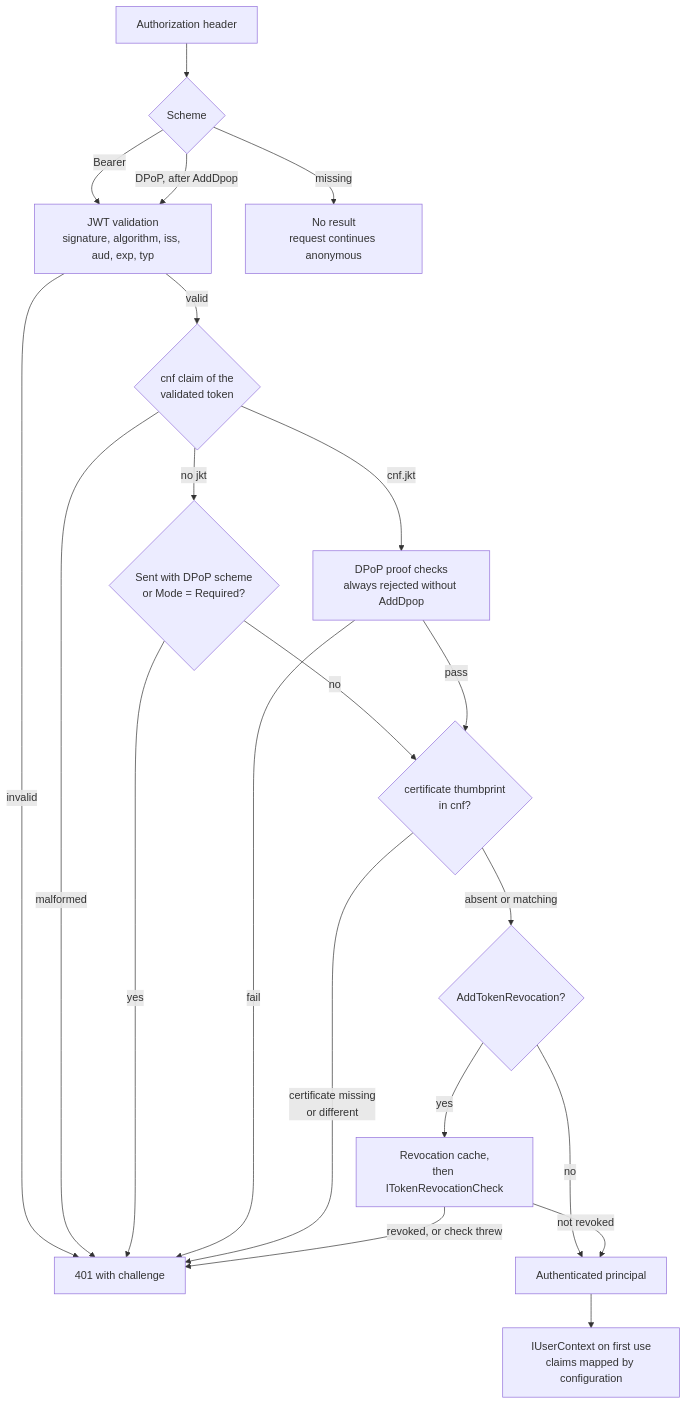
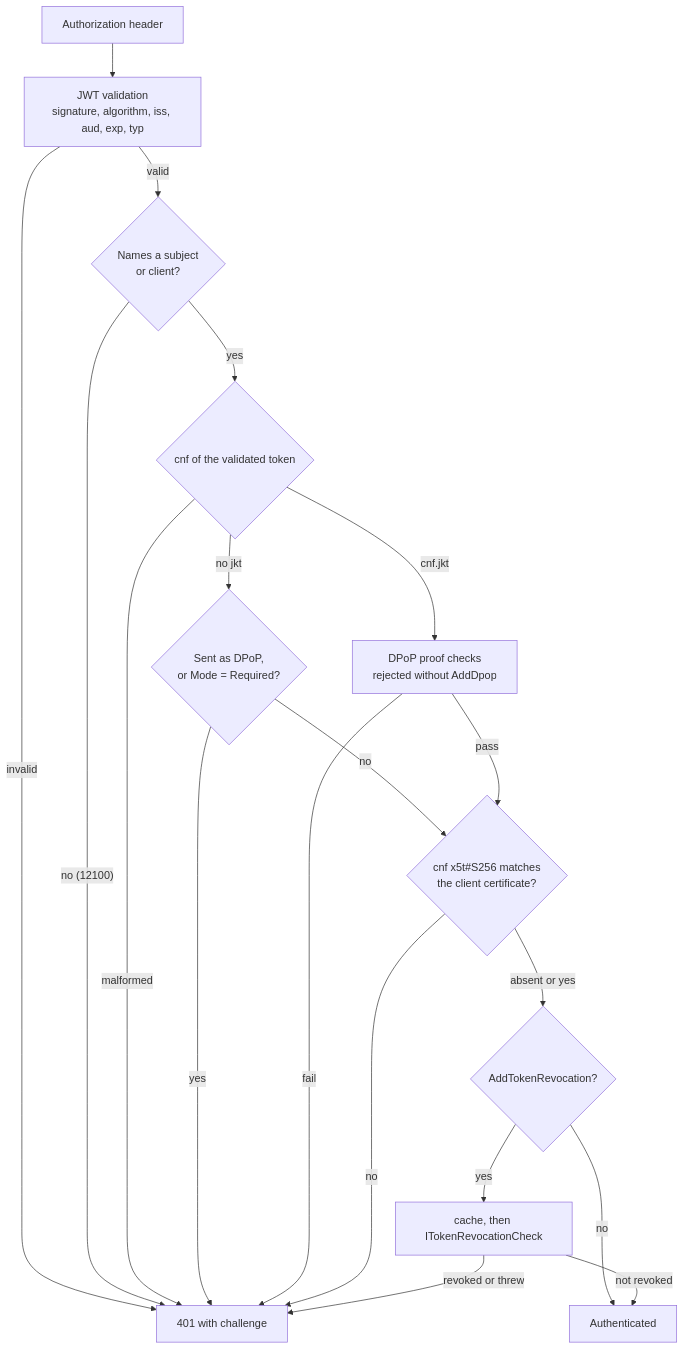
One commit to Gresta-Vertex-Labs/platform-shared-kernel changed the diagram in 12.Security/SharedKernel.Security.Oidc/README.md. Above: the diagram before and after it, drawn with Mermaid. The commit also changed other lines of this file and 639 other files, not shown here.

````diff
--- a/12.Security/SharedKernel.Security.Oidc/README.md
+++ b/12.Security/SharedKernel.Security.Oidc/README.md
@@ -149,23 +98,21 @@
 ```mermaid
 flowchart TD
-    A["Authorization header"] --> B{"Scheme"}
-    B -->|"Bearer"| V
-    B -->|"DPoP, after AddDpop"| V
-    B -->|"missing"| X["No result<br/>request continues anonymous"]
-    V["JWT validation<br/>signature, algorithm, iss, aud, exp, typ"] -->|"invalid"| R["401 with challenge"]
-    V -->|"valid"| S{"cnf claim of the<br/>validated token"}
+    A["Authorization header"] --> V["JWT validation<br/>signature, algorithm, iss, aud, exp, typ"]
+    V -->|"invalid"| R["401 with challenge"]
+    V -->|"valid"| N{"Names a subject<br/>or client?"}
+    N -->|"no (12100)"| R
+    N -->|"yes"| S{"cnf of the validated token"}
     S -->|"malformed"| R
-    S -->|"cnf.jkt"| D["DPoP proof checks<br/>always rejected without AddDpop"]
-    S -->|"no jkt"| U{"Sent with DPoP scheme<br/>or Mode = Required?"}
+    S -->|"cnf.jkt"| D["DPoP proof checks<br/>rejected without AddDpop"]
+    S -->|"no jkt"| U{"Sent as DPoP,<br/>or Mode = Required?"}
     U -->|"yes"| R
     U -->|"no"| C
     D -->|"fail"| R
-    D -->|"pass"| C{"certificate thumbprint<br/>in cnf?"}
-    C -->|"certificate missing<br/>or different"| R
-    C -->|"absent or matching"| RV{"AddTokenRevocation?"}
-    RV -->|"no"| OK["Authenticated principal"]
-    RV -->|"yes"| RC["Revocation cache,<br/>then ITokenRevocationCheck"]
-    RC -->|"revoked, or check threw"| R
+    D -->|"pass"| C{"cnf x5t#S256 matches<br/>the client certificate?"}
+    C -->|"no"| R
+    C -->|"absent or yes"| RV{"AddTokenRevocation?"}
+    RV -->|"no"| OK["Authenticated"]
+    RV -->|"yes"| RC["cache, then ITokenRevocationCheck"]
+    RC -->|"revoked or threw"| R
     RC -->|"not revoked"| OK
-    OK --> M["IUserContext on first use<br/>claims mapped by configuration"]
 ```
````
